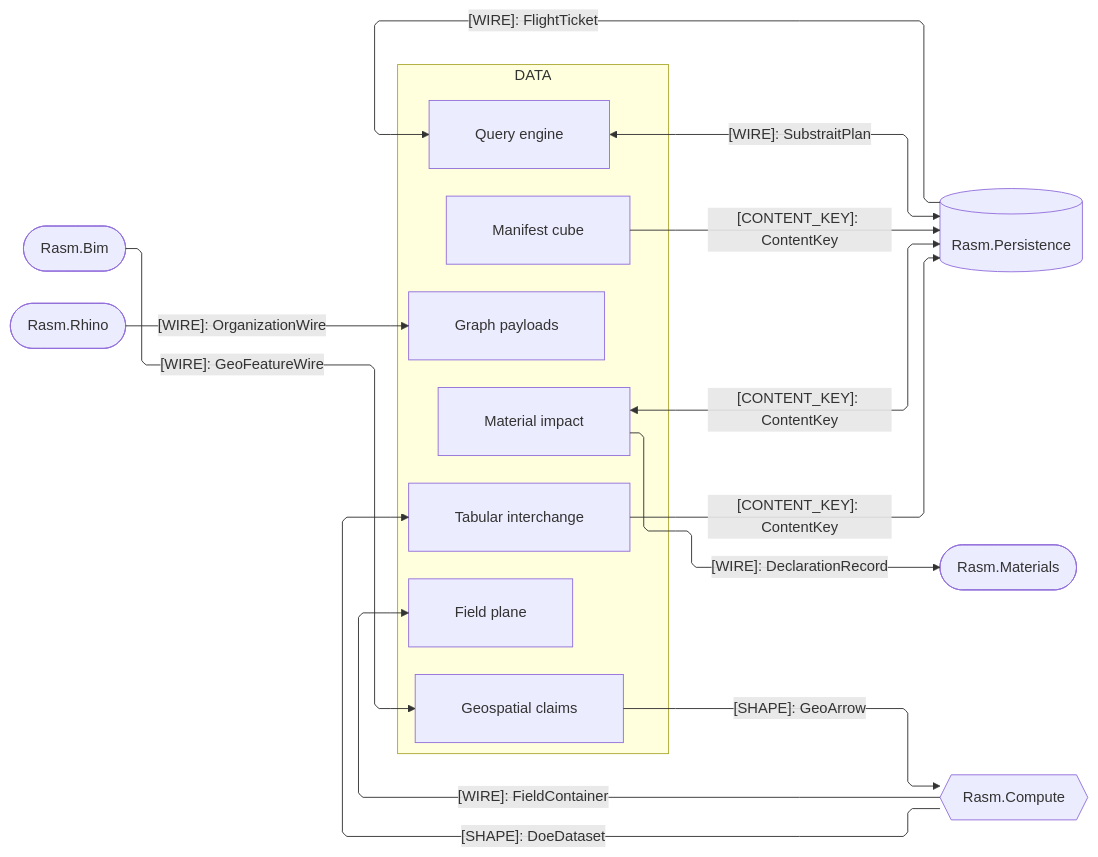
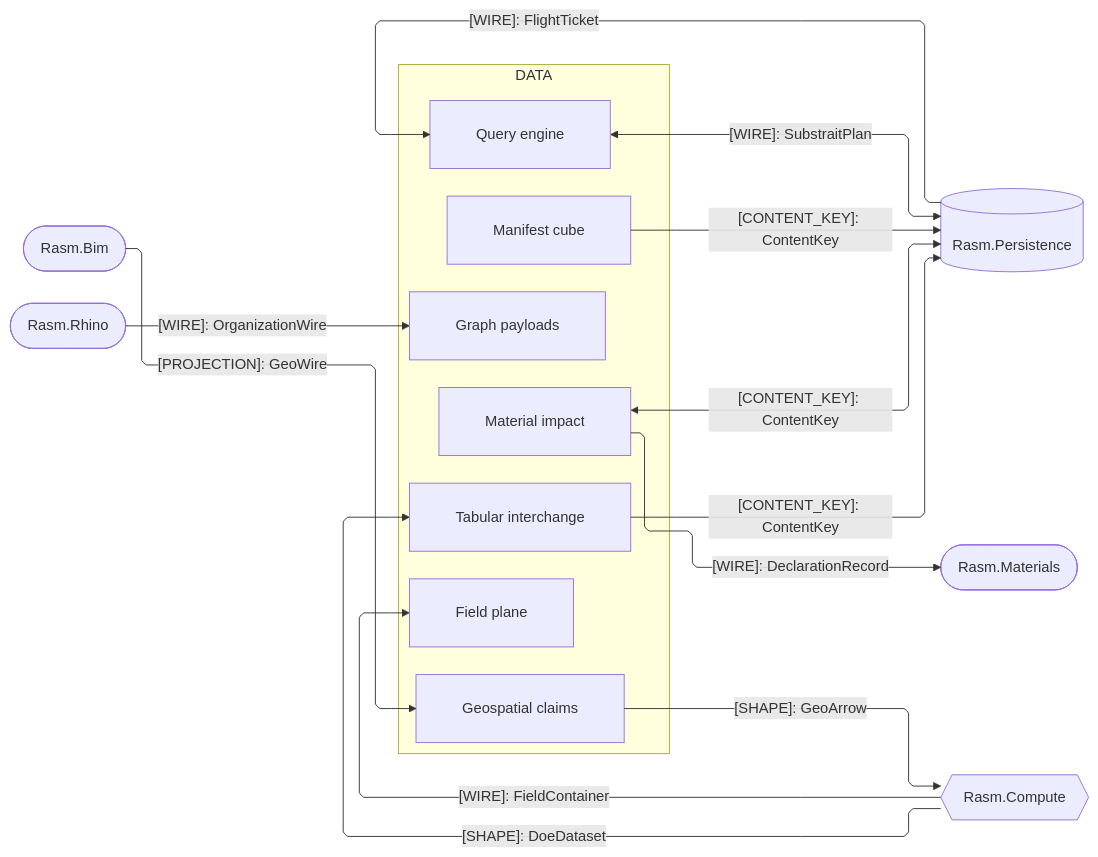
One commit to bsamiee/Rasm changed the fourth of 5 diagrams in libs/python/data/ARCHITECTURE.md. Above: the diagram before and after it, drawn with Mermaid. The commit also changed 56 other files, not shown here.

````diff
--- a/libs/python/data/ARCHITECTURE.md
+++ b/libs/python/data/ARCHITECTURE.md
@@ -210,37 +210,37 @@
 ```mermaid
 ---
 config:
   layout: elk
   flowchart:
     curve: linear
     padding: 25
 ---
 flowchart LR
     accTitle: Data package C#-peer seam registry
     accDescr: Data sub-domain owners exchanging frame shapes, content keys, plan wires, and the environmental set with the C# peers.
     subgraph data[DATA]
         Tabular[Tabular interchange]
         Query[Query engine]
         Geospatial[Geospatial claims]
         Virtual[Manifest cube]
         Field[Field plane]
         Impact[Material impact]
         Graph[Graph payloads]
     end
     Persistence[(Rasm.Persistence)]
     Materials([Rasm.Materials])
     Compute{{Rasm.Compute}}
     Bim([Rasm.Bim])
     Rhino([Rasm.Rhino])
     Compute e1@-->|"[SHAPE]: DoeDataset"| Tabular
     Compute e2@-->|"[WIRE]: FieldContainer"| Field
     Geospatial e3@-->|"[SHAPE]: GeoArrow"| Compute
     Tabular e4@-->|"[CONTENT_KEY]: ContentKey"| Persistence
     Query e5@<-->|"[WIRE]: SubstraitPlan"| Persistence
     Virtual e6@-->|"[CONTENT_KEY]: ContentKey"| Persistence
     Impact e7@<-->|"[CONTENT_KEY]: ContentKey"| Persistence
-    Bim e8@-->|"[WIRE]: GeoFeatureWire"| Geospatial
+    Bim e8@-->|"[PROJECTION]: GeoWire"| Geospatial
     Rhino e9@-->|"[WIRE]: OrganizationWire"| Graph
     Persistence e10@-->|"[WIRE]: FlightTicket"| Query
     Impact e11@-->|"[WIRE]: DeclarationRecord"| Materials
 ```
````
